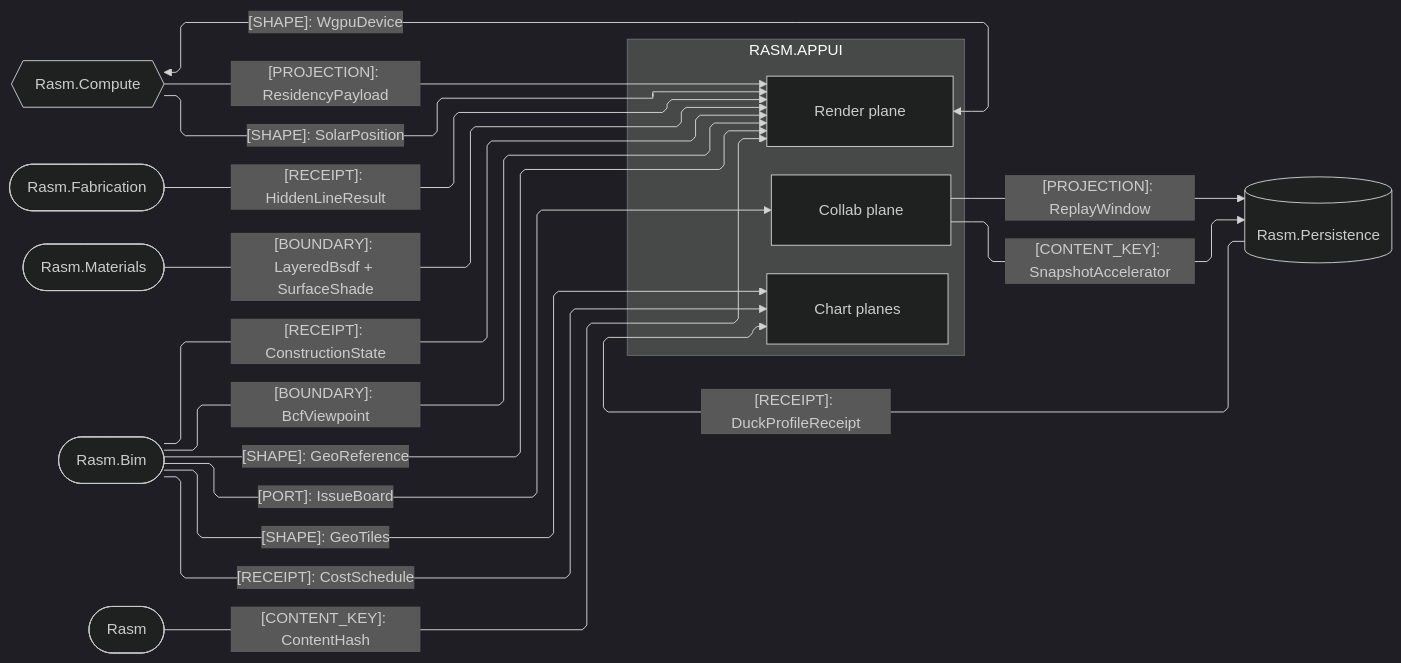
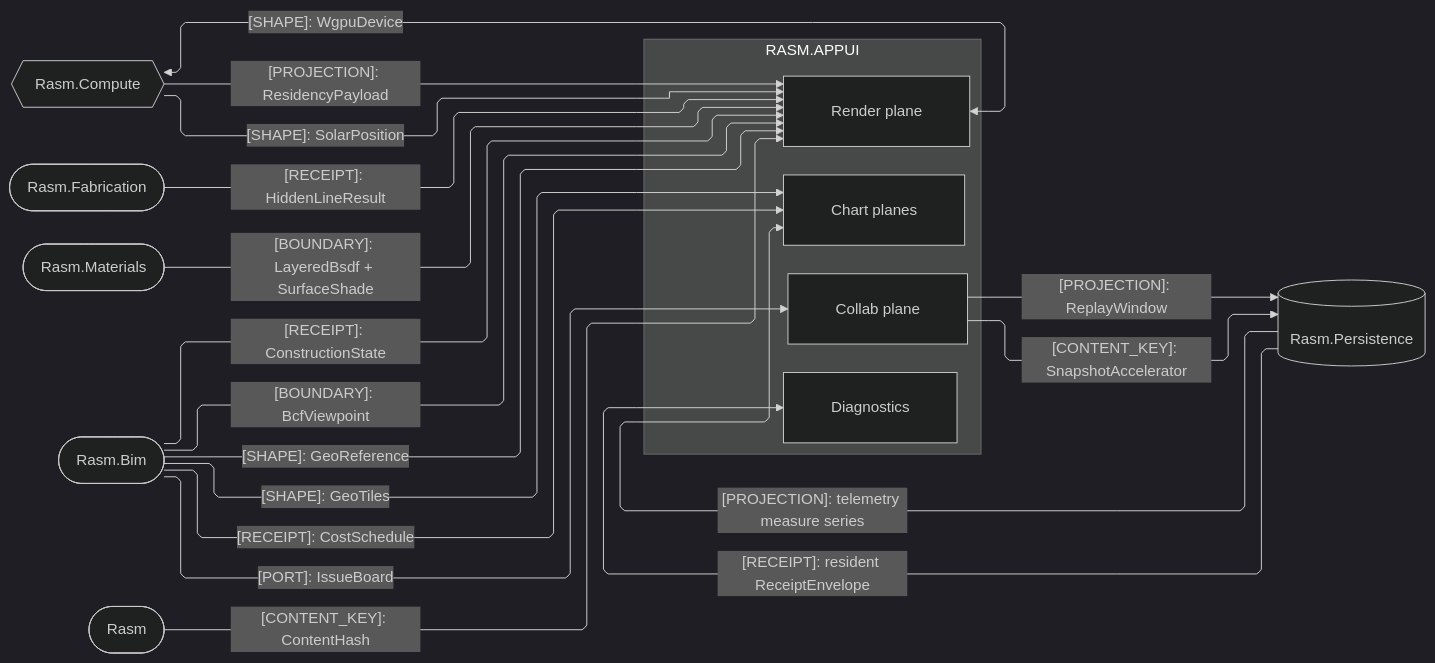
Before and after one commit to bsamiee/Rasm: the second of 3 diagrams in libs/csharp/Rasm.AppUi/ARCHITECTURE.md, drawn with Mermaid (dark theme). The commit also changed other lines of this file and 249 other files, not shown here.

````diff
--- a/libs/csharp/Rasm.AppUi/ARCHITECTURE.md
+++ b/libs/csharp/Rasm.AppUi/ARCHITECTURE.md
@@ -125,38 +125,40 @@
 ```mermaid
 ---
 config:
   layout: elk
   flowchart:
     curve: linear
     padding: 25
 ---
 flowchart LR
     accTitle: AppUi AEC-domain, render-source, and storage seams
-    accDescr: AppUi render, chart, and collaboration owners exchanging residency projections, receipts, boundaries, content keys, and shared-device shapes with the AEC peers Compute, Fabrication, Materials, Bim, the kernel, and the Persistence store.
+    accDescr: AppUi render, chart, collaboration, and diagnostics owners exchanging residency projections, receipts, boundaries, content keys, and shared-device shapes with the AEC peers Compute, Fabrication, Materials, Bim, the kernel, and the Persistence store.
     subgraph appui[RASM.APPUI]
         Render[Render plane]
         Charts[Chart planes]
         Collab[Collab plane]
+        Diagnostics[Diagnostics]
     end
     Compute{{Rasm.Compute}}
     Fabrication([Rasm.Fabrication])
     Materials([Rasm.Materials])
     Bim([Rasm.Bim])
     Rasm([Rasm])
     Persistence[(Rasm.Persistence)]
     Compute -->|"[PROJECTION]: ResidencyPayload"| Render
     Render <-->|"[SHAPE]: WgpuDevice"| Compute
     Compute -->|"[SHAPE]: SolarPosition"| Render
     Fabrication -->|"[RECEIPT]: HiddenLineResult"| Render
     Materials -->|"[BOUNDARY]: LayeredBsdf + SurfaceShade"| Render
     Rasm -->|"[CONTENT_KEY]: ContentHash"| Render
     Bim -->|"[SHAPE]: GeoTiles"| Charts
     Bim -->|"[RECEIPT]: CostSchedule"| Charts
-    Persistence -->|"[RECEIPT]: DuckProfileReceipt"| Charts
+    Persistence -->|"[PROJECTION]: telemetry measure series"| Charts
+    Persistence -->|"[RECEIPT]: resident ReceiptEnvelope"| Diagnostics
     Bim -->|"[PORT]: IssueBoard"| Collab
     Collab -->|"[PROJECTION]: ReplayWindow"| Persistence
     Collab -->|"[CONTENT_KEY]: SnapshotAccelerator"| Persistence
     Bim -->|"[RECEIPT]: ConstructionState"| Render
     Bim -->|"[BOUNDARY]: BcfViewpoint"| Render
     Bim -->|"[SHAPE]: GeoReference"| Render
 ```
````
